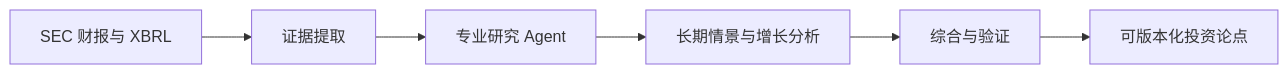
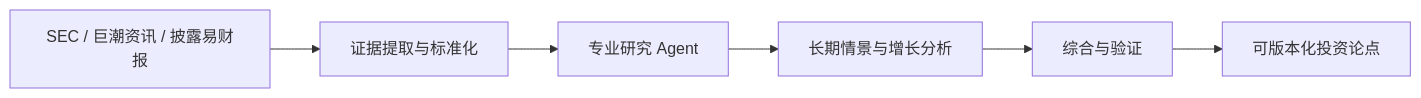
One commit to zjy1346/OpenThesis changed the diagram in README.zh-CN.md. Above: the diagram before and after it, drawn with Mermaid. The commit also changed other lines of this file and 54 other files, not shown here.

````diff
--- a/README.zh-CN.md
+++ b/README.zh-CN.md
@@ -43,8 +42,8 @@
 ```mermaid
 flowchart LR
-    A["SEC 财报与 XBRL"] --> B["证据提取"]
+    A["SEC / 巨潮资讯 / 披露易财报"] --> B["证据提取与标准化"]
     B --> C["专业研究 Agent"]
     C --> D["长期情景与增长分析"]
     D --> E["综合与验证"]
     E --> F["可版本化投资论点"]
 ```
````
